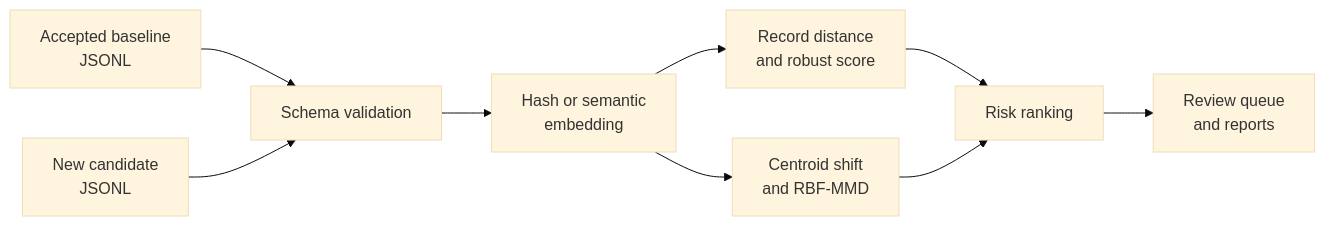
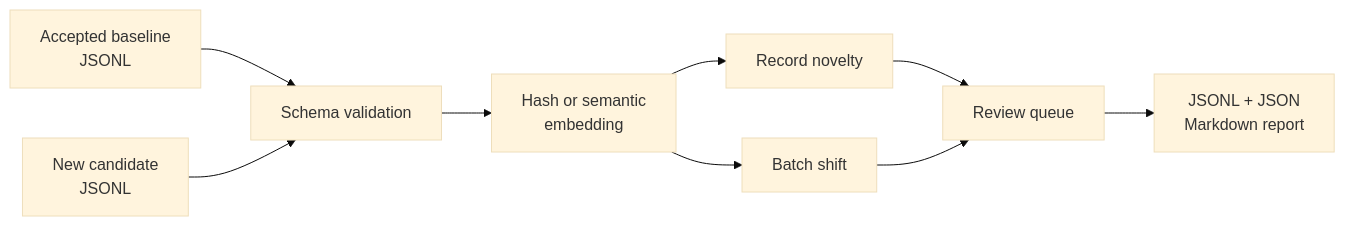
One commit to yoon-chan-hyeok/ocr-quality-monitoring changed the diagram in README.md. Above: the diagram before and after it, drawn with Mermaid (base theme). The commit also changed other lines of this file, not shown here.

````diff
--- a/README.md
+++ b/README.md
@@ -63,11 +50,11 @@
-```mermaid
+~~~mermaid
 flowchart LR
     A["Accepted baseline<br/>JSONL"] --> V["Schema validation"]
     B["New candidate<br/>JSONL"] --> V
     V --> E["Hash or semantic<br/>embedding"]
-    E --> N["Record distance<br/>and robust score"]
-    E --> G["Centroid shift<br/>and RBF-MMD"]
-    N --> R["Risk ranking"]
-    G --> R
-    R --> Q["Review queue<br/>and reports"]
-```
+    E --> R["Record novelty"]
+    E --> G["Batch shift"]
+    R --> Q["Review queue"]
+    G --> Q
+    Q --> O["JSONL + JSON<br/>Markdown report"]
+~~~
````
